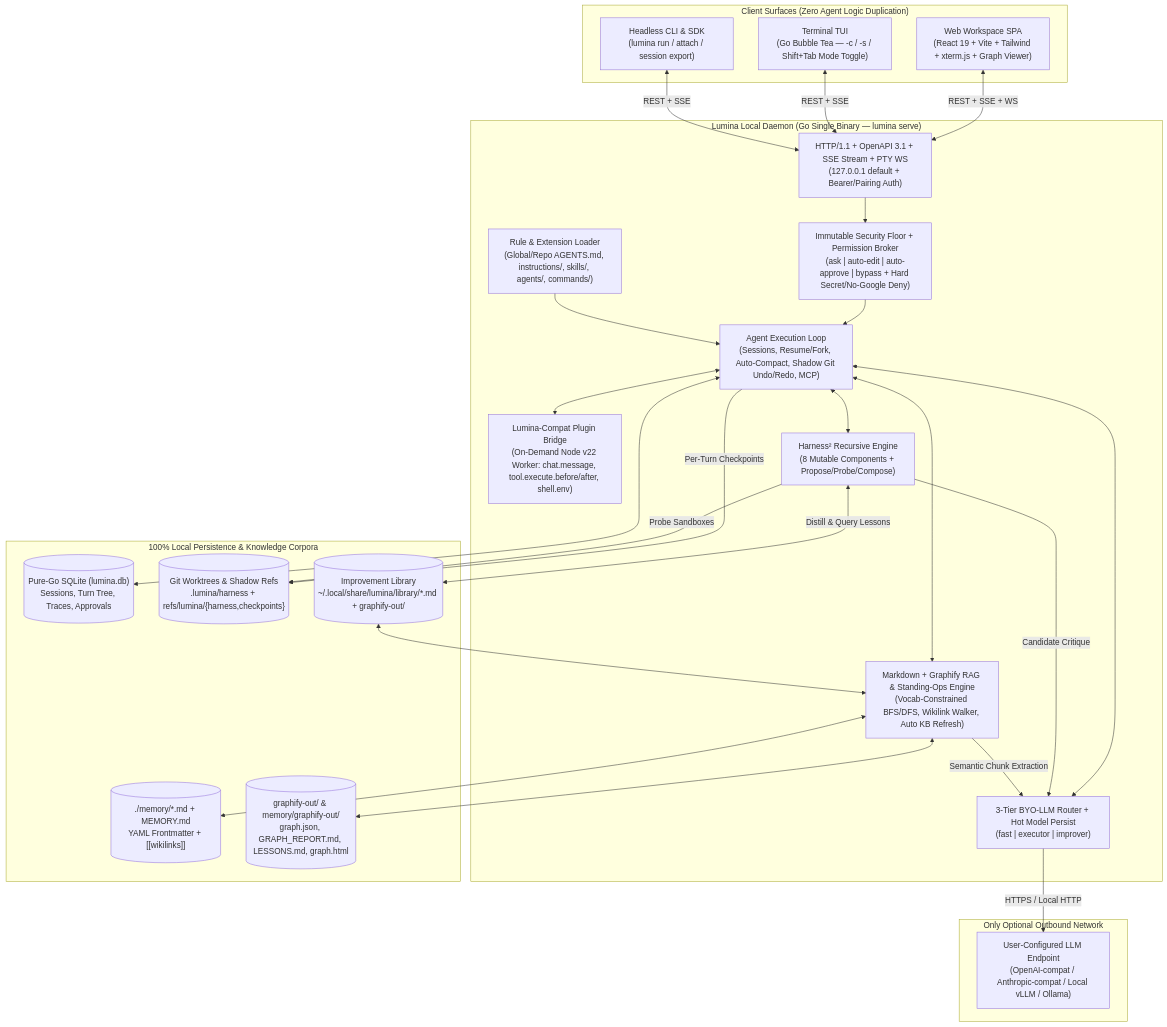
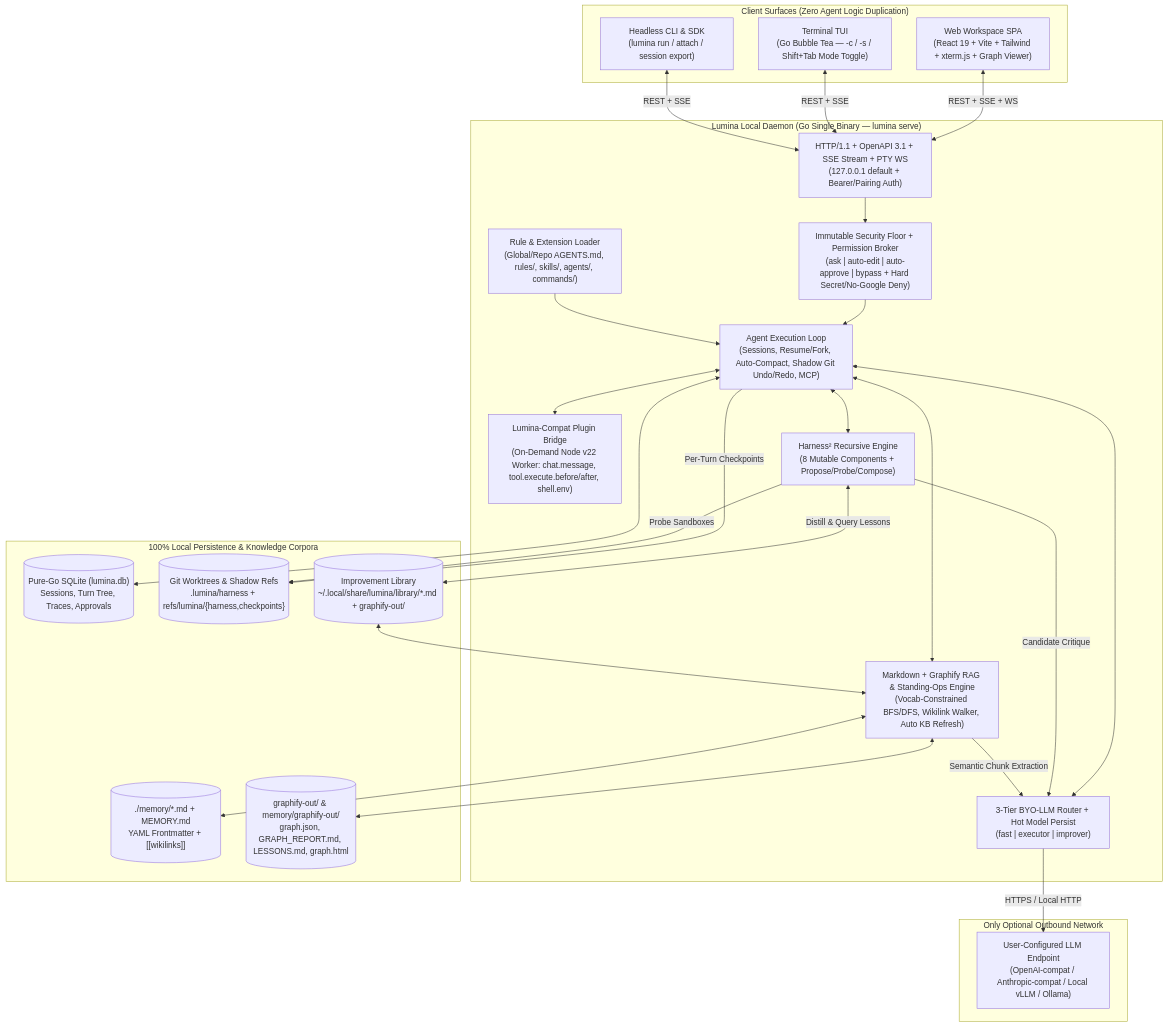
Before and after one commit to 8nite/lumina: the first of 2 diagrams in plan.md, drawn with Mermaid. The commit also changed other lines of this file and 46 other files, not shown here.

````diff
--- a/plan.md
+++ b/plan.md
@@ -34,54 +34,54 @@
 ```mermaid
 flowchart TB
     subgraph Clients["Client Surfaces (Zero Agent Logic Duplication)"]
         WebUI["Web Workspace SPA\n(React 19 + Vite + Tailwind + xterm.js + Graph Viewer)"]
         TUI["Terminal TUI\n(Go Bubble Tea — -c / -s / Shift+Tab Mode Toggle)"]
         RunCLI["Headless CLI & SDK\n(lumina run / attach / session export)"]
     end
 
     subgraph Daemon["Lumina Local Daemon (Go Single Binary — lumina serve)"]
         API["HTTP/1.1 + OpenAPI 3.1 + SSE Stream + PTY WS\n(127.0.0.1 default + Bearer/Pairing Auth)"]
         Guard["Immutable Security Floor + Permission Broker\n(ask | auto-edit | auto-approve | bypass + Hard Secret/No-Google Deny)"]
-        Rules["Rule & Extension Loader\n(Global/Repo AGENTS.md, instructions/, skills/, agents/, commands/)"]
+        Rules["Rule & Extension Loader\n(Global/Repo AGENTS.md, rules/, skills/, agents/, commands/)"]
         Plugins["Lumina-Compat Plugin Bridge\n(On-Demand Node v22 Worker: chat.message, tool.execute.before/after, shell.env)"]
         Agent["Agent Execution Loop\n(Sessions, Resume/Fork, Auto-Compact, Shadow Git Undo/Redo, MCP)"]
         Router["3-Tier BYO-LLM Router + Hot Model Persist\n(fast | executor | improver)"]
         H2["Harness² Recursive Engine\n(8 Mutable Components + Propose/Probe/Compose)"]
         KB["Markdown + Graphify RAG & Standing-Ops Engine\n(Vocab-Constrained BFS/DFS, Wikilink Walker, Auto KB Refresh)"]
     end
 
     subgraph LocalInfra["100% Local Persistence & Knowledge Corpora"]
         SQLite[("Pure-Go SQLite (lumina.db)\nSessions, Turn Tree, Traces, Approvals")]
         MemMD[("./memory/*.md + MEMORY.md\nYAML Frontmatter + [[wikilinks]]")]
         GraphOut[("graphify-out/ & memory/graphify-out/\ngraph.json, GRAPH_REPORT.md, LESSONS.md, graph.html")]
         HarnessGit[("Git Worktrees & Shadow Refs\n.lumina/harness + refs/lumina/{harness,checkpoints}")]
         Library[("Improvement Library\n~/.local/share/lumina/library/*.md + graphify-out/")]
     end
 
     subgraph External["Only Optional Outbound Network"]
         LLM["User-Configured LLM Endpoint\n(OpenAI-compat / Anthropic-compat / Local vLLM / Ollama)"]
     end
 
     WebUI <-->|"REST + SSE + WS"| API
     TUI <-->|"REST + SSE"| API
     RunCLI <-->|"REST + SSE"| API
 
     API --> Guard --> Agent
     Rules --> Agent
     Agent <--> Plugins
     Agent <--> Router
     Agent <--> KB
     Agent <--> H2
     Agent -->|"Per-Turn Checkpoints"| HarnessGit
 
     H2 -->|"Probe Sandboxes"| HarnessGit
     H2 <-->|"Distill & Query Lessons"| Library
     H2 -->|"Candidate Critique"| Router
 
     KB <--> MemMD
     KB <--> GraphOut
     Library <--> KB
     KB -->|"Semantic Chunk Extraction"| Router
     Agent <--> SQLite
     Router -->|"HTTPS / Local HTTP"| LLM
 ```
````
